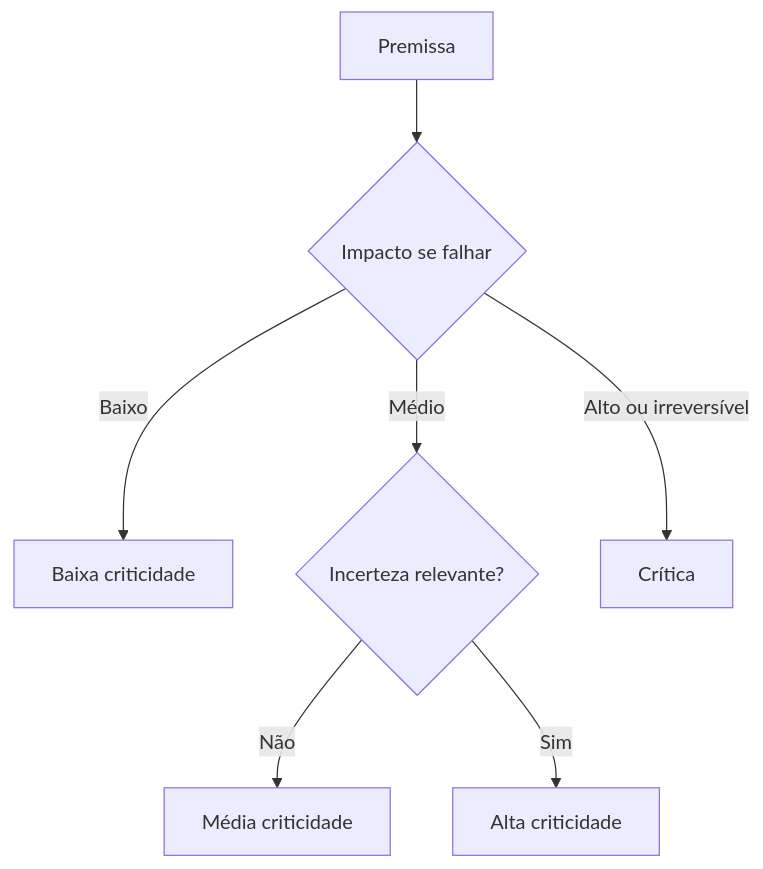
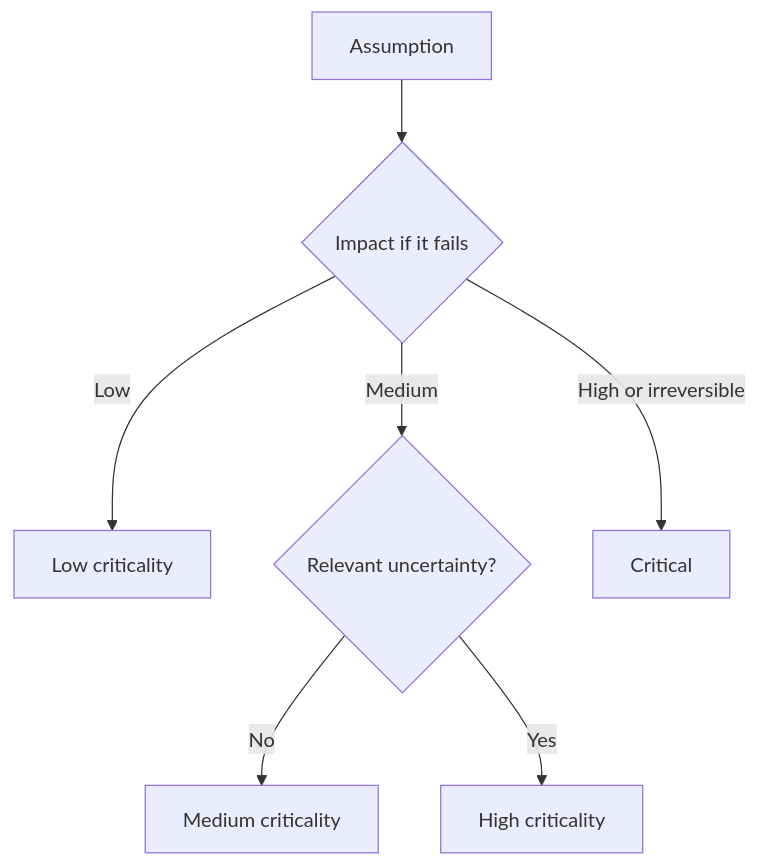
Before and after one commit to rpelizza/PelizzAI: the second of 4 diagrams in .claude/skills/pelizzai-reasoning/techniques/assumption-tracking.md, drawn with Mermaid. The commit also changed other lines of this file and 362 other files, not shown here.

````diff
--- a/.claude/skills/pelizzai-reasoning/techniques/assumption-tracking.md
+++ b/.claude/skills/pelizzai-reasoning/techniques/assumption-tracking.md
@@ -274,9 +274,9 @@
 ```mermaid
 flowchart TD
-    A[Premissa] --> B{Impacto se falhar}
-    B -- Baixo --> C[Baixa criticidade]
-    B -- Médio --> D{Incerteza relevante?}
-    D -- Não --> E[Média criticidade]
-    D -- Sim --> F[Alta criticidade]
-    B -- Alto ou irreversível --> G[Crítica]
+    A[Assumption] --> B{Impact if it fails}
+    B -- Low --> C[Low criticality]
+    B -- Medium --> D{Relevant uncertainty?}
+    D -- No --> E[Medium criticality]
+    D -- Yes --> F[High criticality]
+    B -- High or irreversible --> G[Critical]
 ```
````
